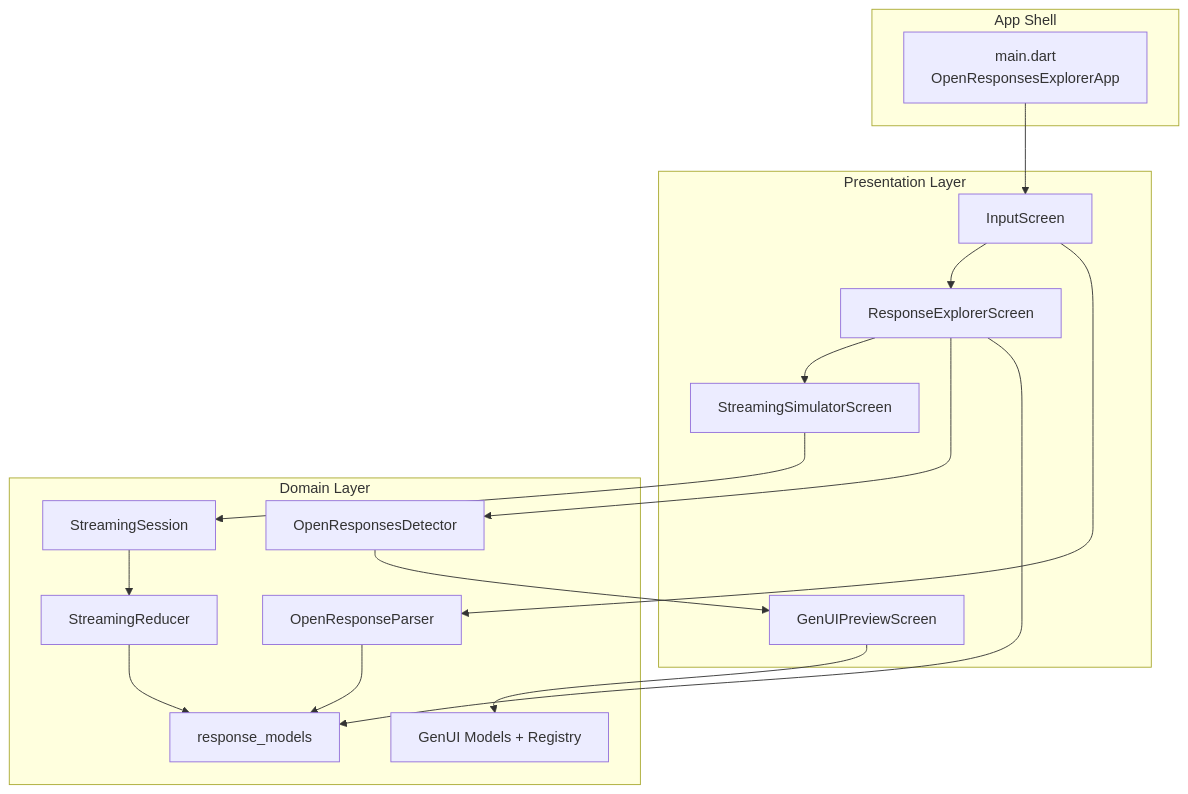
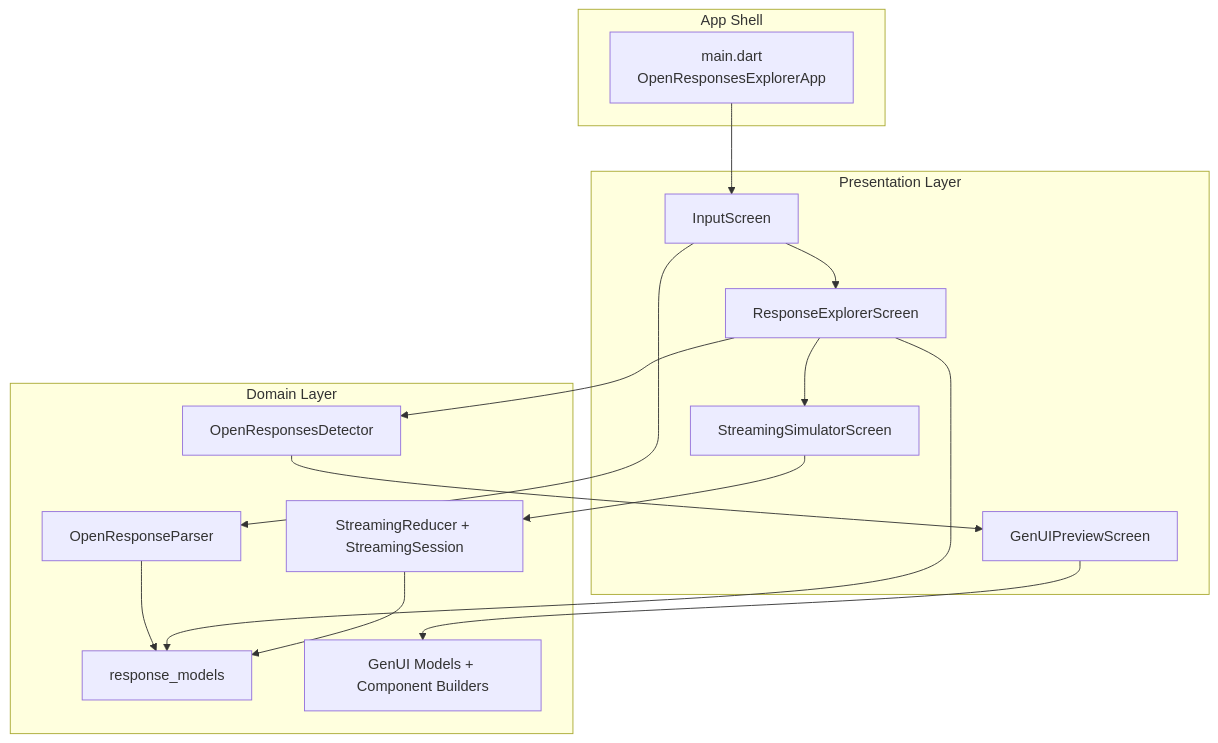
Before and after one commit to foss42/poc-experiments: the diagram in 2026/open_responses_explorer/README.md, drawn with Mermaid. The commit also changed other lines of this file and 2 other files, not shown here.

````diff
--- a/2026/open_responses_explorer/README.md
+++ b/2026/open_responses_explorer/README.md
@@ -26,35 +26,33 @@
 ```mermaid
 flowchart TB
 	subgraph Shell["App Shell"]
 		Main["main.dart\nOpenResponsesExplorerApp"]
 	end
 
 	subgraph Presentation["Presentation Layer"]
 		Input["InputScreen"]
 		Explorer["ResponseExplorerScreen"]
 		StreamUI["StreamingSimulatorScreen"]
 		GenUIPreview["GenUIPreviewScreen"]
 	end
 
 	subgraph Domain["Domain Layer"]
 		Parser["OpenResponseParser"]
 		Models["response_models"]
 		Detector["OpenResponsesDetector"]
-		Session["StreamingSession"]
-		Reducer["StreamingReducer"]
-		GenUIModel["GenUI Models + Registry"]
+		Reducer["StreamingReducer + StreamingSession"]
+		GenUIModel["GenUI Models + Component Builders"]
 	end
 
 	Main --> Input
 	Input --> Parser
 	Parser --> Models
 	Input --> Explorer
 	Explorer --> Models
 	Explorer --> Detector
 	Detector --> GenUIPreview
 	GenUIPreview --> GenUIModel
 	Explorer --> StreamUI
-	StreamUI --> Session
-	Session --> Reducer
+	StreamUI --> Reducer
 	Reducer --> Models
 ```
````
